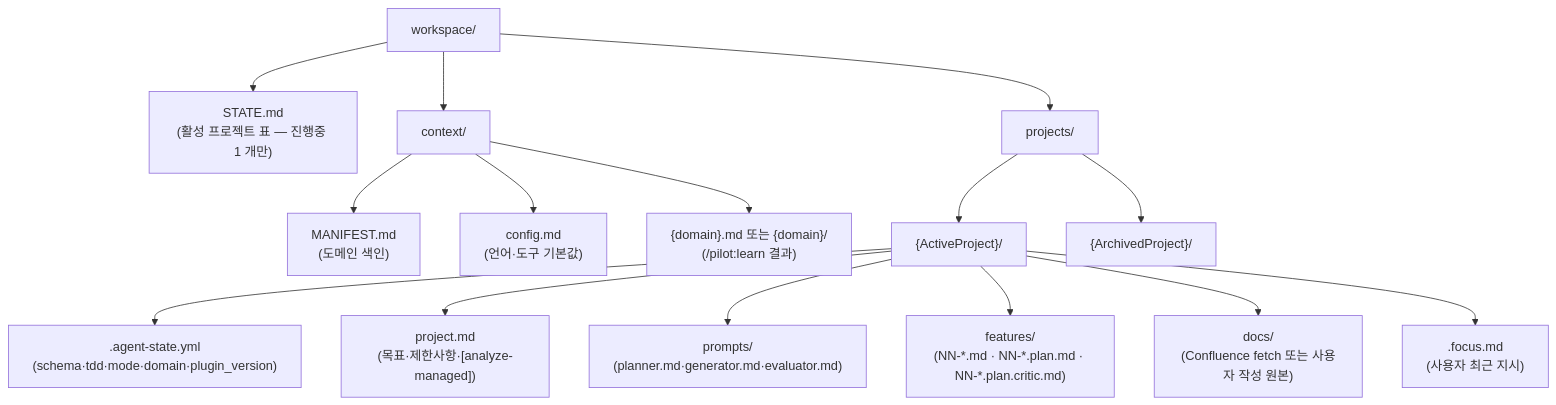
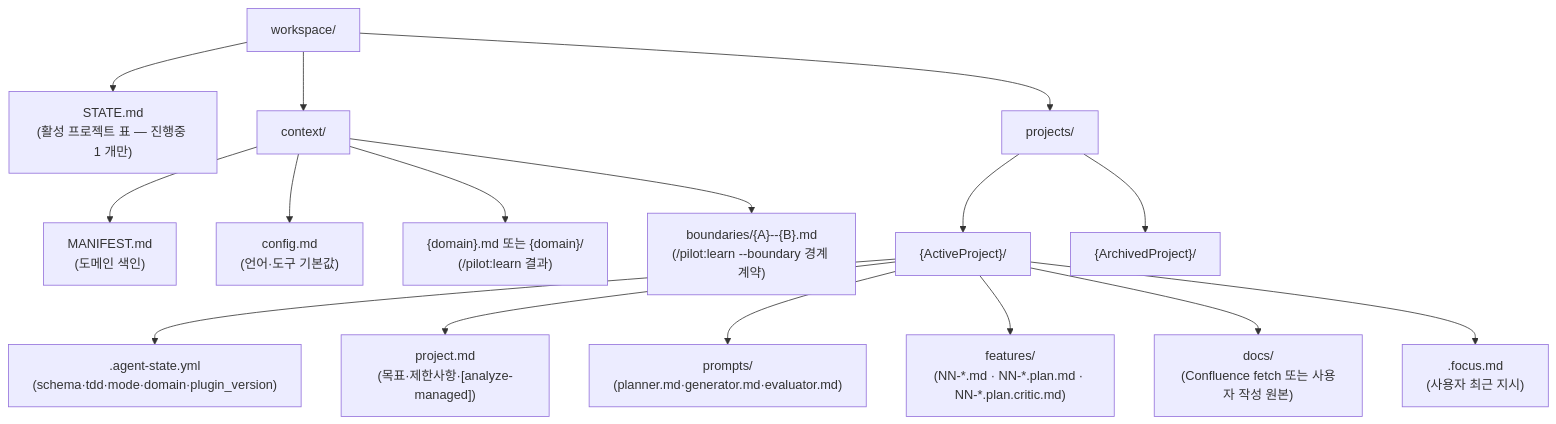
Before and after one commit to radiostart/claude-plugins: the diagram in pilot/docs/explanation/workspace-layout.md, drawn with Mermaid. The commit also changed 3 other files, not shown here.

First line of the commit message:
docs(pilot): boundaries/ 디렉터리 문서 반영 + v0.7.1

````diff
--- a/pilot/docs/explanation/workspace-layout.md
+++ b/pilot/docs/explanation/workspace-layout.md
@@ -7,37 +7,39 @@
 ```mermaid
 graph TD
     WS[workspace/]
     STATE["STATE.md<br/>(활성 프로젝트 표 — 진행중 1 개만)"]
     CTX[context/]
     PROJS[projects/]
 
     WS --> STATE
     WS --> CTX
     WS --> PROJS
 
     CTX_MANIFEST["MANIFEST.md<br/>(도메인 색인)"]
     CTX_CONFIG["config.md<br/>(언어·도구 기본값)"]
     CTX_DOMAINS["{domain}.md 또는 {domain}/<br/>(/pilot:learn 결과)"]
+    CTX_BOUNDARIES["boundaries/{A}--{B}.md<br/>(/pilot:learn --boundary 경계 계약)"]
     CTX --> CTX_MANIFEST
     CTX --> CTX_CONFIG
     CTX --> CTX_DOMAINS
+    CTX --> CTX_BOUNDARIES
 
     P1["{ActiveProject}/"]
     P2["{ArchivedProject}/"]
     PROJS --> P1
     PROJS --> P2
 
     P1_STATE[".agent-state.yml<br/>(schema·tdd·mode·domain·plugin_version)"]
     P1_PROJECT["project.md<br/>(목표·제한사항·[analyze-managed])"]
     P1_PROMPTS["prompts/<br/>(planner.md·generator.md·evaluator.md)"]
     P1_FEATURES["features/<br/>(NN-*.md · NN-*.plan.md · NN-*.plan.critic.md)"]
     P1_DOCS["docs/<br/>(Confluence fetch 또는 사용자 작성 원본)"]
     P1_FOCUS[".focus.md<br/>(사용자 최근 지시)"]
 
     P1 --> P1_STATE
     P1 --> P1_PROJECT
     P1 --> P1_PROMPTS
     P1 --> P1_FEATURES
     P1 --> P1_DOCS
     P1 --> P1_FOCUS
 ```
````
